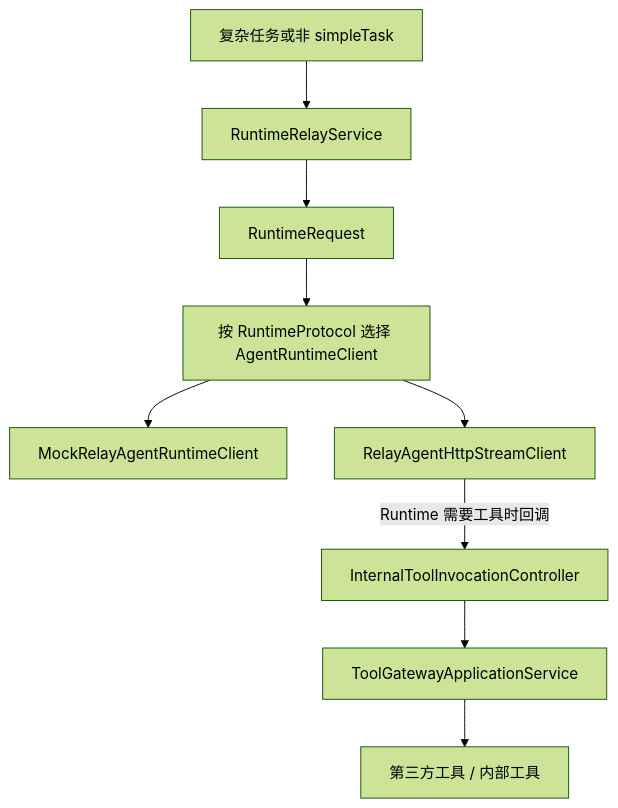
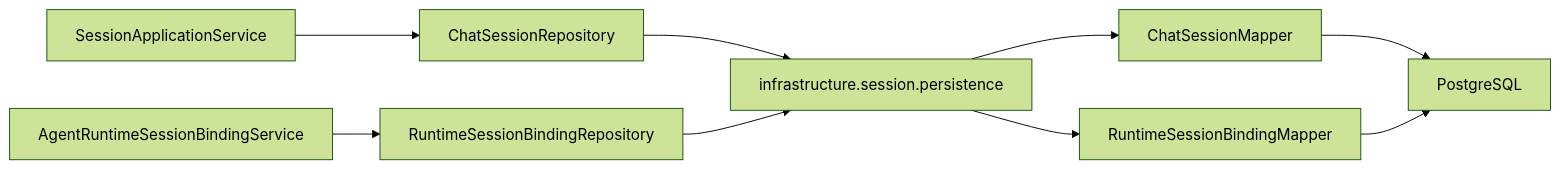
The ninth of 14 diagrams in docs/architecture/README.md (kunben-duck/exweb), drawn with Mermaid (forest theme) before and after one commit. The commit also changed other lines of this file and 39 other files, not shown here.

Commit message:
Refactor chat routing to unified agent runtime

````diff
--- a/docs/architecture/README.md
+++ b/docs/architecture/README.md
@@ -187,21 +456,20 @@
 ```mermaid
-flowchart TD
-    Complex["复杂任务或非 simpleTask"]
-    RelayService["RuntimeRelayService"]
-    Request["RuntimeRequest"]
-    ClientSelect["按 RuntimeProtocol 选择 AgentRuntimeClient"]
-    MockRuntime["MockRelayAgentRuntimeClient"]
-    HttpRuntime["RelayAgentHttpStreamClient"]
-    InternalTool["InternalToolInvocationController"]
-    ToolGateway["ToolGatewayApplicationService"]
-    ThirdTool["第三方工具 / 内部工具"]
+flowchart LR
+    AppSession["SessionApplicationService"]
+    BindingService["AgentRuntimeSessionBindingService"]
+    SessionRepo["ChatSessionRepository"]
+    BindingRepo["RuntimeSessionBindingRepository"]
+    InfraSession["infrastructure.session.persistence"]
+    SessionMapper["ChatSessionMapper"]
+    BindingMapper["RuntimeSessionBindingMapper"]
+    PG["PostgreSQL"]
 
-    Complex --> RelayService
-    RelayService --> Request
-    Request --> ClientSelect
-    ClientSelect --> MockRuntime
-    ClientSelect --> HttpRuntime
-    HttpRuntime -->|"Runtime 需要工具时回调"| InternalTool
-    InternalTool --> ToolGateway
-    ToolGateway --> ThirdTool
+    AppSession --> SessionRepo
+    BindingService --> BindingRepo
+    SessionRepo --> InfraSession
+    BindingRepo --> InfraSession
+    InfraSession --> SessionMapper
+    InfraSession --> BindingMapper
+    SessionMapper --> PG
+    BindingMapper --> PG
 ```
````
